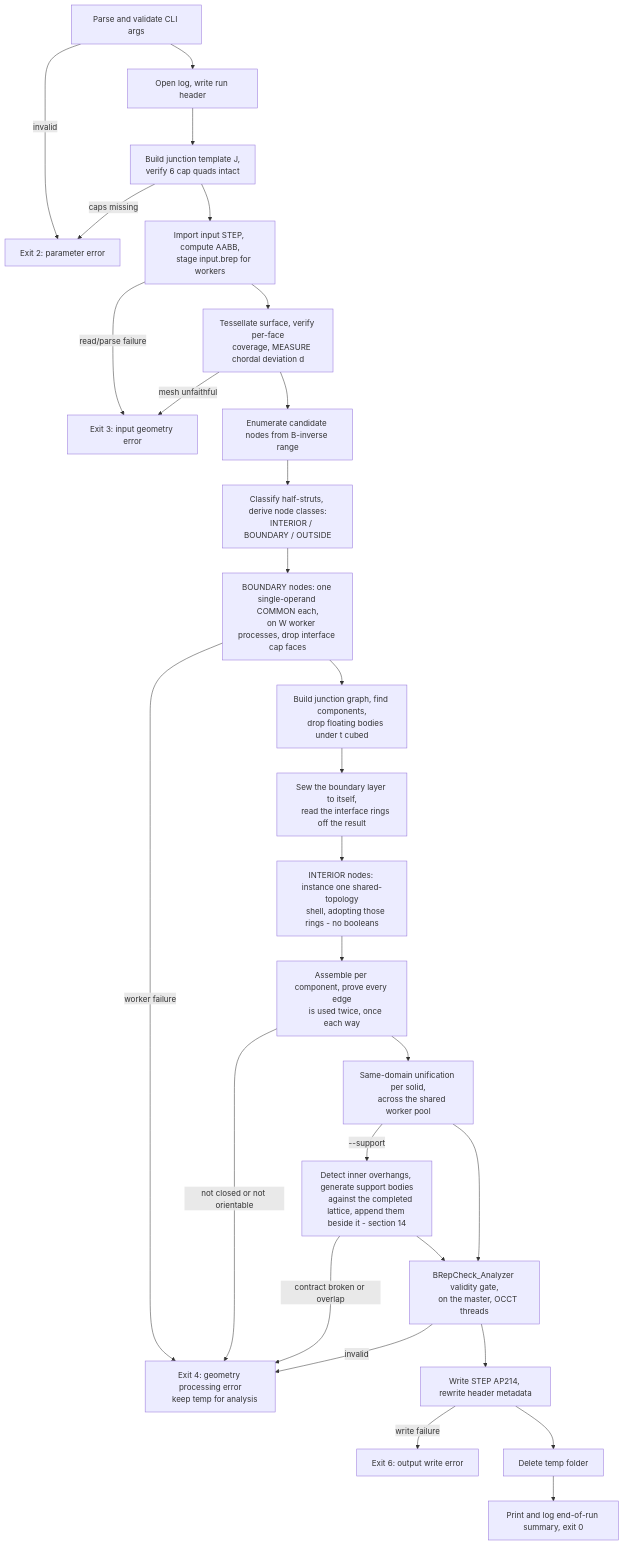
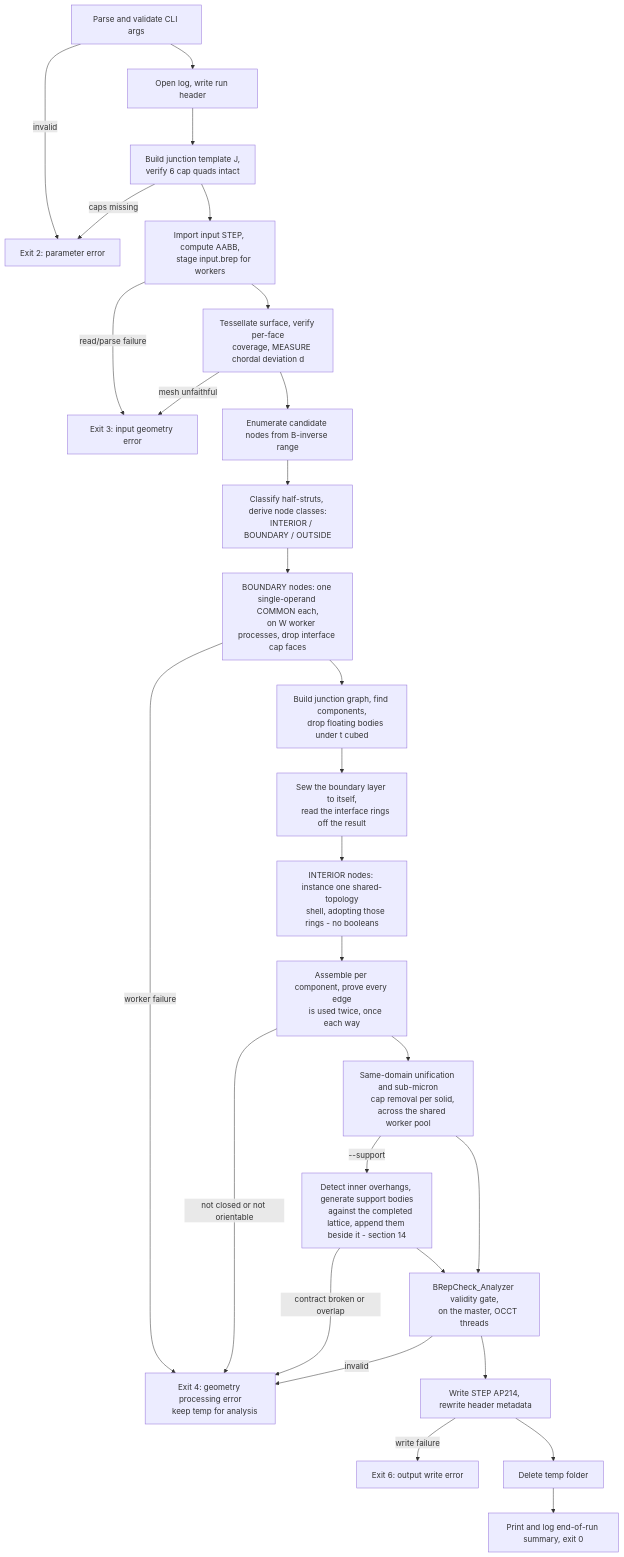
Before and after one commit to arnego/latticegen2: the first of 3 diagrams in docs/algorithm.md, drawn with Mermaid. The commit also changed other lines of this file and 8 other files, not shown here.

First line of the commit message:
Remove sub-micron caps from lattice bodies too (#46)

````diff
--- a/docs/algorithm.md
+++ b/docs/algorithm.md
@@ -203,43 +203,44 @@
 ```mermaid
 flowchart TD
     A[Parse and validate CLI args] -->|invalid| E1[Exit 2: parameter error]
     A --> B[Open log, write run header]
     B --> C[Build junction template J,
     verify 6 cap quads intact]
     C -->|caps missing| E1
     C --> D[Import input STEP, compute AABB,
     stage input.brep for workers]
     D -->|read/parse failure| E2[Exit 3: input geometry error]
     D --> F[Tessellate surface, verify per-face
     coverage, MEASURE chordal deviation d]
     F -->|mesh unfaithful| E2
     F --> G[Enumerate candidate nodes from B-inverse range]
     G --> H[Classify half-struts, derive node classes:
     INTERIOR / BOUNDARY / OUTSIDE]
     H --> I[BOUNDARY nodes: one single-operand COMMON each,
     on W worker processes, drop interface cap faces]
     I -->|worker failure| E3[Exit 4: geometry processing error
     keep temp for analysis]
     I --> J[Build junction graph, find components,
     drop floating bodies under t cubed]
     J --> K[Sew the boundary layer to itself,
     read the interface rings off the result]
     K --> L[INTERIOR nodes: instance one shared-topology
     shell, adopting those rings - no booleans]
     L --> M0[Assemble per component, prove every edge
     is used twice, once each way]
     M0 -->|not closed or not orientable| E3
-    M0 --> S[Same-domain unification per solid,
+    M0 --> S[Same-domain unification and sub-micron
+    cap removal per solid,
     across the shared worker pool]
     S -->|--support| SU[Detect inner overhangs, generate support bodies
     against the completed lattice, append them beside it - section 14]
     SU -->|contract broken or overlap| E3
     SU --> M
     S --> M[BRepCheck_Analyzer validity gate,
     on the master, OCCT threads]
     M -->|invalid| E3
     M --> N[Write STEP AP214, rewrite header metadata]
     N -->|write failure| E4[Exit 6: output write error]
     N --> P[Delete temp folder]
     P --> Q[Print and log end-of-run summary, exit 0]
 ```
````
